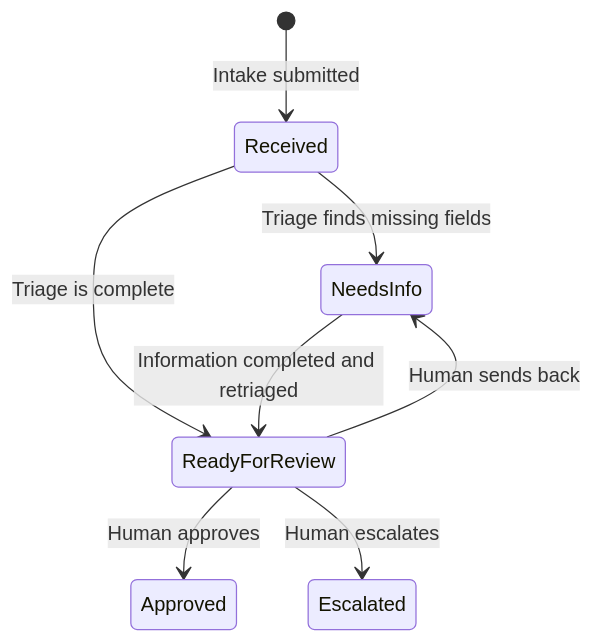
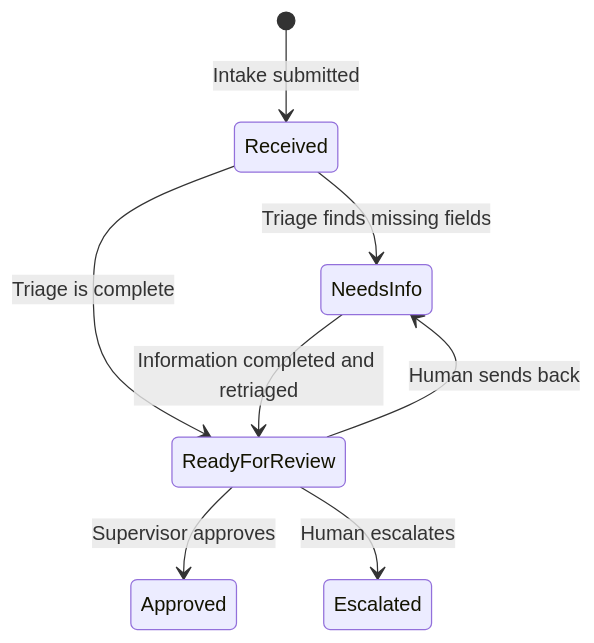
Before and after one commit to naveenalavilli/complaint-triage: the fifth of 5 diagrams in docs/ARCHITECTURE.md, drawn with Mermaid. The commit also changed other lines of this file and 9 other files, not shown here.

````diff
--- a/docs/ARCHITECTURE.md
+++ b/docs/ARCHITECTURE.md
@@ -199,10 +201,10 @@
 ```mermaid
 stateDiagram-v2
     [*] --> Received: Intake submitted
     Received --> NeedsInfo: Triage finds missing fields
     Received --> ReadyForReview: Triage is complete
     NeedsInfo --> ReadyForReview: Information completed and retriaged
-    ReadyForReview --> Approved: Human approves
+    ReadyForReview --> Approved: Supervisor approves
     ReadyForReview --> NeedsInfo: Human sends back
     ReadyForReview --> Escalated: Human escalates
 ```
````
